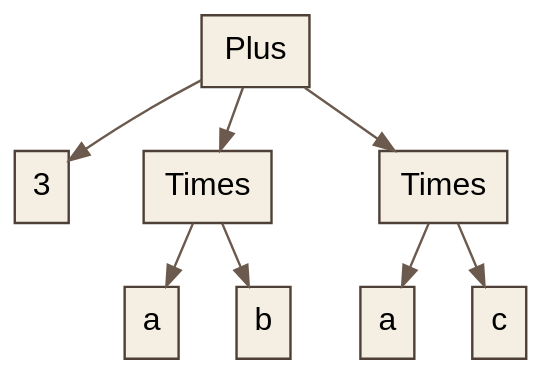
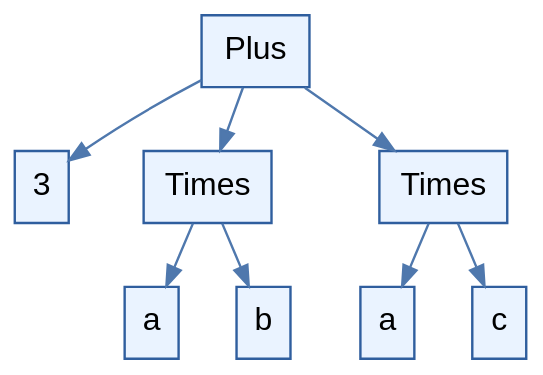
The diagram in docs/images/tree-after.dot (davidsd/howl), drawn with Graphviz before and after one commit. The commit also changed 3 other files, not shown here.

Commit message:
Use blue in the diagrams

```diff
--- a/docs/images/tree-after.dot
+++ b/docs/images/tree-after.dot
@@ -1,67 +1,67 @@
 digraph ExprTreeAfter {
   graph [
     rankdir=TB
     bgcolor="transparent"
     pad="0.2"
     nodesep="0.2"
     ranksep="0.45"
   ];
 
   node [
     shape=box
     fixedsize=false
     style=filled
-    fillcolor="#f4efe2"
-    color="#4e4036"
+    fillcolor="#eaf3ff"
+    color="#2f5e9e"
     fontname="Helvetica"
     fontsize=16
     height=0.5
     penwidth=1.2
   ];
 
   edge [
-    color="#6b5a4d"
+    color="#4f78ad"
     penwidth=1.2
   ];
 
   plus0  [label="Plus"];
   three  [label="3", margin="0.06,0.03", width=0.38];
   times0 [label="Times"];
   times1 [label="Times"];
   a0     [label="a", margin="0.06,0.03", width=0.38];
   b0     [label="b", margin="0.06,0.03", width=0.38];
   a1     [label="a", margin="0.06,0.03", width=0.38];
   c0     [label="c", margin="0.06,0.03", width=0.38];
   gap0   [label="", style=invis, width=0.12, height=0.01, penwidth=0];
   gap1   [label="", style=invis, width=0.08, height=0.01, penwidth=0];
   gap2   [label="", style=invis, width=0.08, height=0.01, penwidth=0];
   mid0   [label="", style=invis, width=0.01, height=0.01, penwidth=0];
   mid1   [label="", style=invis, width=0.01, height=0.01, penwidth=0];
   rootgap [label="", style=invis, width=0.06, height=0.01, penwidth=0];
 
   plus0  -> three  [weight=2];
   plus0  -> times0 [weight=2];
   plus0  -> times1 [weight=3];
   plus0  -> gap1 [style=invis, weight=1];
   times0 -> a0;
   times0 -> b0;
   times1 -> a1;
   times1 -> c0;
   times0 -> mid0 [style=invis, weight=20];
   times1 -> mid1 [style=invis, weight=20];
 
   { rank=same; plus0; }
   { rank=same; three; gap0; times0; gap1; times1; rootgap; }
   { rank=same; a0; mid0; b0; gap2; a1; mid1; c0; }
 
   three -> gap0 [style=invis, weight=3];
   gap0 -> times0 [style=invis, weight=3];
   times0 -> gap1 [style=invis, weight=4];
   gap1 -> times1 [style=invis, weight=4];
   a0 -> mid0 [style=invis, weight=4];
   mid0 -> b0 [style=invis, weight=4];
   b0 -> gap2 [style=invis, weight=5];
   gap2 -> a1 [style=invis, weight=5];
   a1 -> mid1 [style=invis, weight=4];
   mid1 -> c0 [style=invis, weight=4];
 }
```
